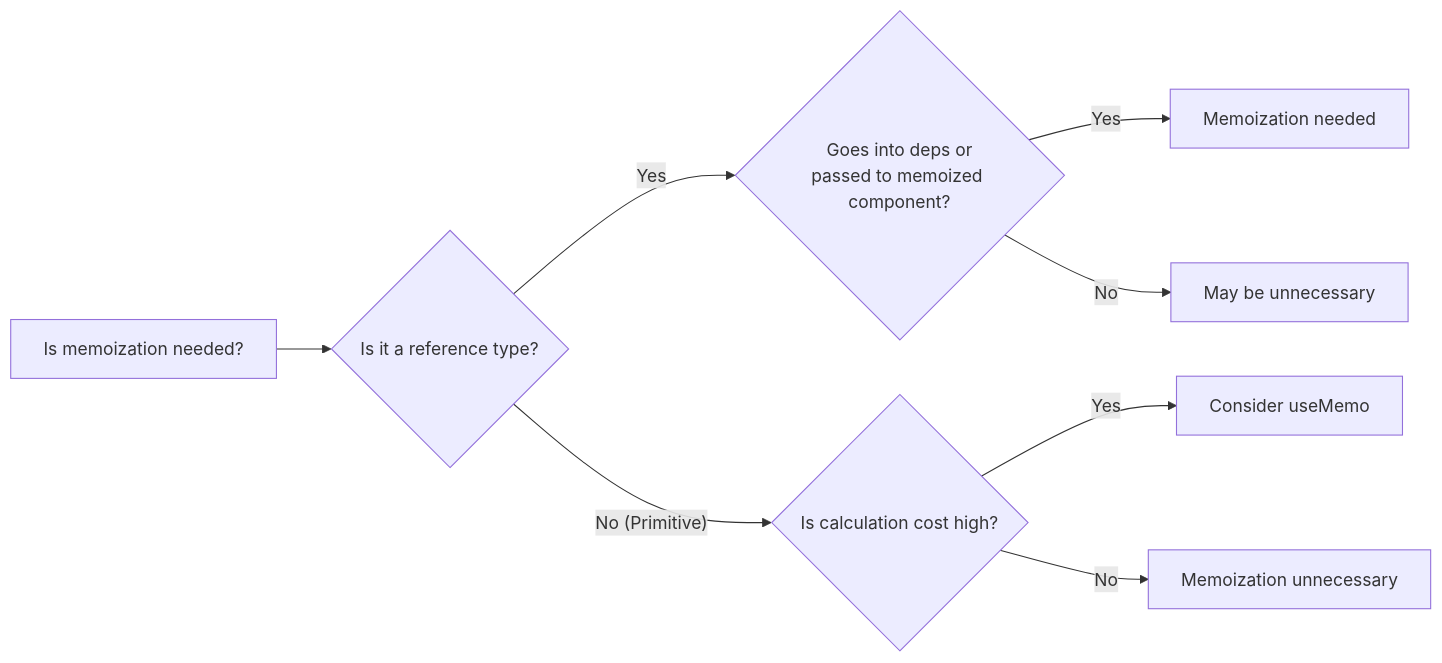
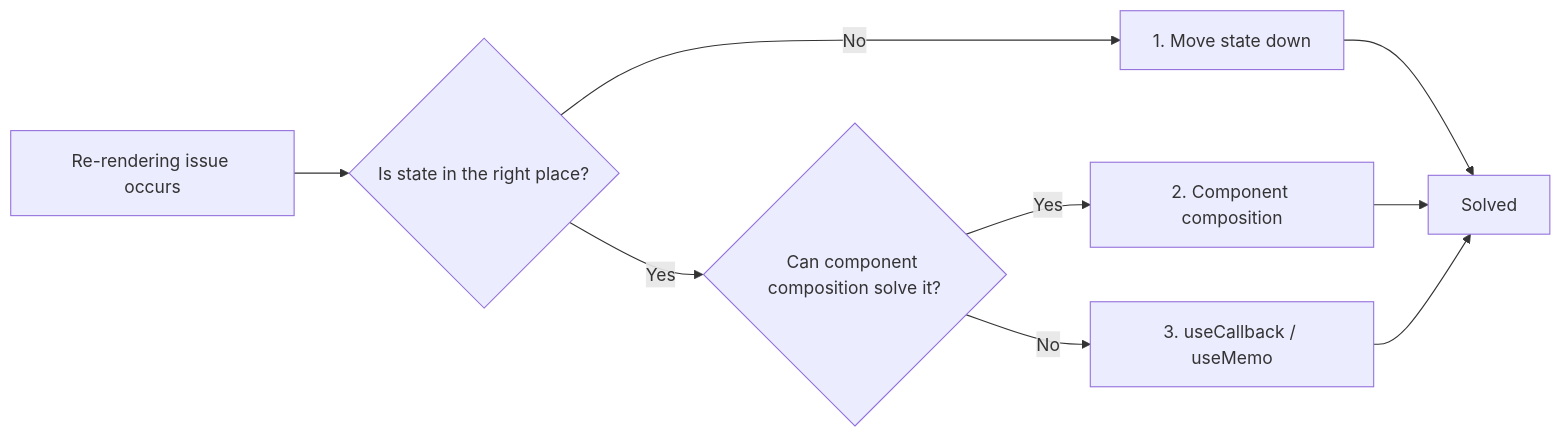
One commit to codefug/codefug.github.io changed diagram 15 of 17 in markdown/2026-01-18/en/content.mdx. Above: the diagram before and after it, drawn with Mermaid. The commit also changed other lines of this file and 2 other files, not shown here.

First line of the commit message:
docs: useCallback, useMemo 포스트 영문 번역 완성

````diff
--- a/markdown/2026-01-18/en/content.mdx
+++ b/markdown/2026-01-18/en/content.mdx
@@ -1347,10 +1234,11 @@
 ```mermaid
 flowchart LR
-    A["Is memoization needed?"] --> B{"Is it a reference type?"}
-    B -->|"Yes"| C{"Goes into deps or<br/>passed to memoized component?"}
-    C -->|"Yes"| D["Memoization needed"]
-    C -->|"No"| E["May be unnecessary"]
-    B -->|"No (Primitive)"| F{"Is calculation cost high?"}
-    F -->|"Yes"| G["Consider useMemo"]
-    F -->|"No"| H["Memoization unnecessary"]
+    A["Re-rendering issue occurs"] --> B{"Is state in the right place?"}
+    B -->|No| C["1. Move state down"]
+    B -->|Yes| D{"Can component composition solve it?"}
+    D -->|Yes| E["2. Component composition"]
+    D -->|No| F["3. useCallback / useMemo"]
+    C --> G["Solved"]
+    E --> G
+    F --> G
 ```
````
